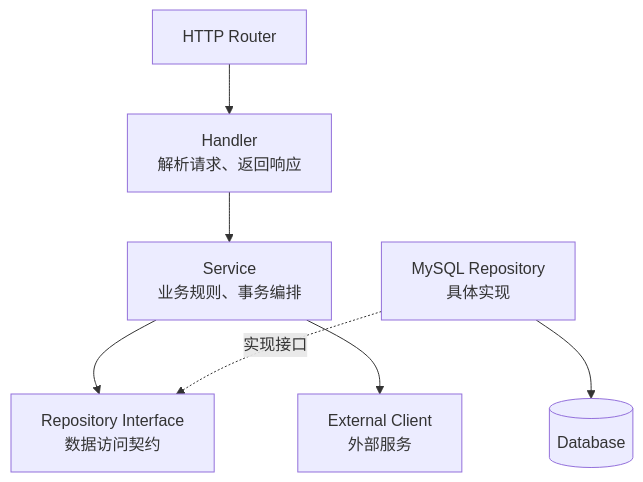
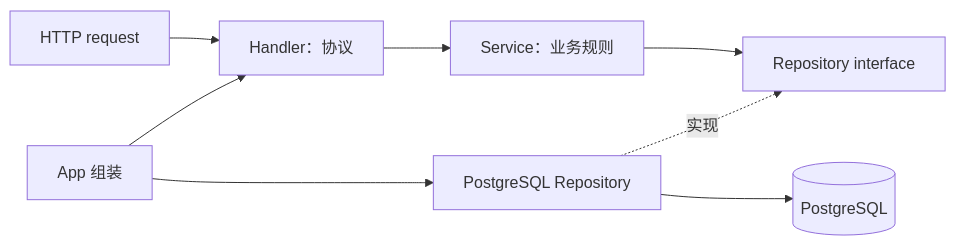
Before and after one commit to yokry-he/yok-study-web: the eighth of 26 diagrams in docs/go/visual-guide.md, drawn with Mermaid. The commit also changed other lines of this file and 277 other files, not shown here.

````diff
--- a/docs/go/visual-guide.md
+++ b/docs/go/visual-guide.md
@@ -73,9 +175,10 @@
 ```mermaid
-flowchart TD
-  A["HTTP Router"] --> B["Handler<br/>解析请求、返回响应"]
-  B --> C["Service<br/>业务规则、事务编排"]
-  C --> D["Repository Interface<br/>数据访问契约"]
-  E["MySQL Repository<br/>具体实现"] -. "实现接口" .-> D
-  E --> F[("Database")]
-  C --> G["External Client<br/>外部服务"]
+flowchart LR
+  HTTP["HTTP request"] --> Handler["Handler：协议"]
+  Handler --> Service["Service：业务规则"]
+  Service --> Port["Repository interface"]
+  PG["PostgreSQL Repository"] -. 实现 .-> Port
+  PG --> DB[("PostgreSQL")]
+  App["App 组装"] --> Handler
+  App --> PG
 ```
````
